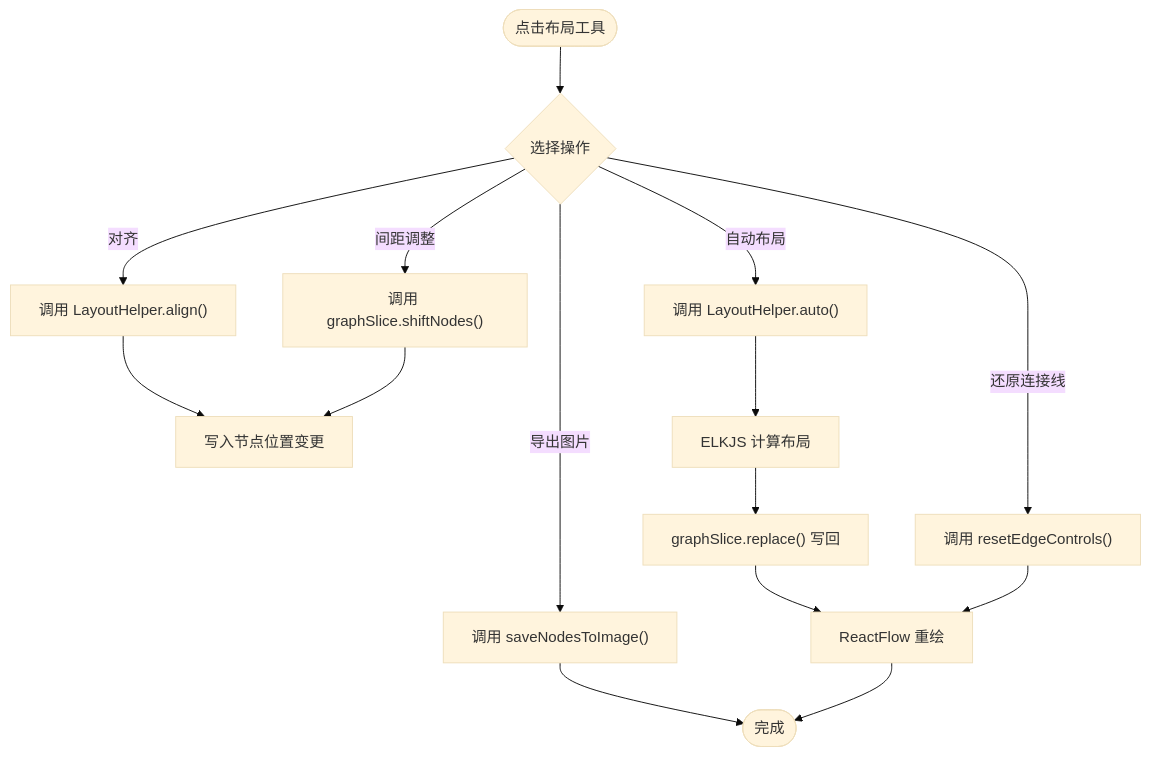
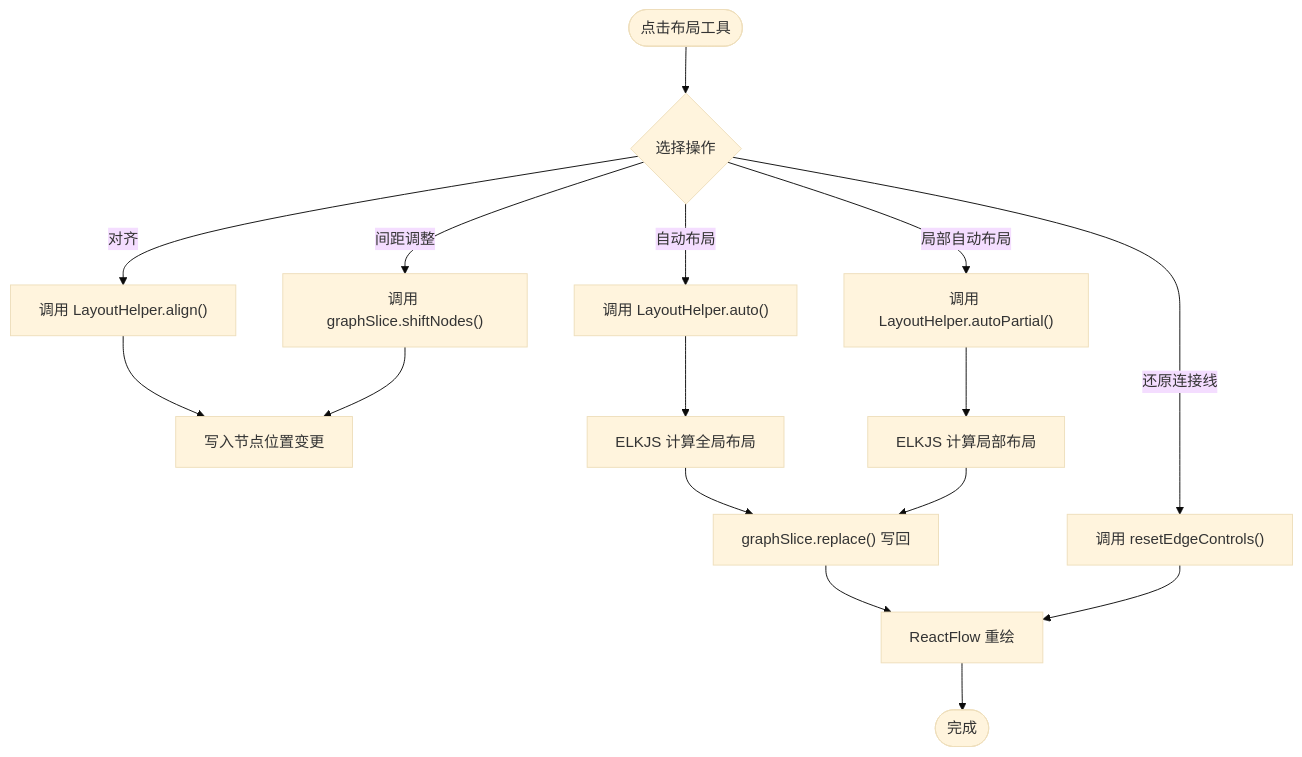
The third of 8 diagrams in .qoder/repowiki/zh/content/用户界面/面板系统/工具面板/布局面板.md (kqcoxn/MaaPipelineEditor), drawn with Mermaid (base theme) before and after one commit. The commit also changed other lines of this file and 35 other files, not shown here.

````diff
--- a/.qoder/repowiki/zh/content/用户界面/面板系统/工具面板/布局面板.md
+++ b/.qoder/repowiki/zh/content/用户界面/面板系统/工具面板/布局面板.md
@@ -145,17 +162,18 @@
 ```mermaid
 flowchart TD
 Start(["点击布局工具"]) --> Choose{"选择操作"}
 Choose --> |对齐| Align["调用 LayoutHelper.align()"]
 Choose --> |间距调整| Shift["调用 graphSlice.shiftNodes()"]
 Choose --> |还原连接线| ResetEdge["调用 resetEdgeControls()"]
 Choose --> |自动布局| Auto["调用 LayoutHelper.auto()"]
-Choose --> |导出图片| Export["调用 saveNodesToImage()"]
+Choose --> |局部自动布局| Partial["调用 LayoutHelper.autoPartial()"]
 Align --> Update["写入节点位置变更"]
 Shift --> Update
-Auto --> ELK["ELKJS 计算布局"]
+Auto --> ELK["ELKJS 计算全局布局"]
+Partial --> ELKPartial["ELKJS 计算局部布局"]
 ELK --> Replace["graphSlice.replace() 写回"]
+ELKPartial --> Replace
 Replace --> Render["ReactFlow 重绘"]
 ResetEdge --> Render
-Export --> Done(["完成"])
-Render --> Done
+Render --> Done(["完成"])
 ```
````
